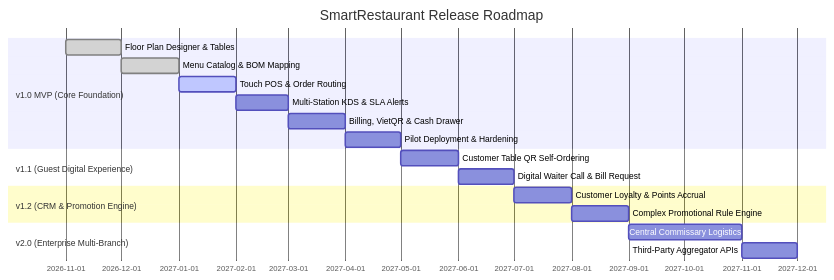
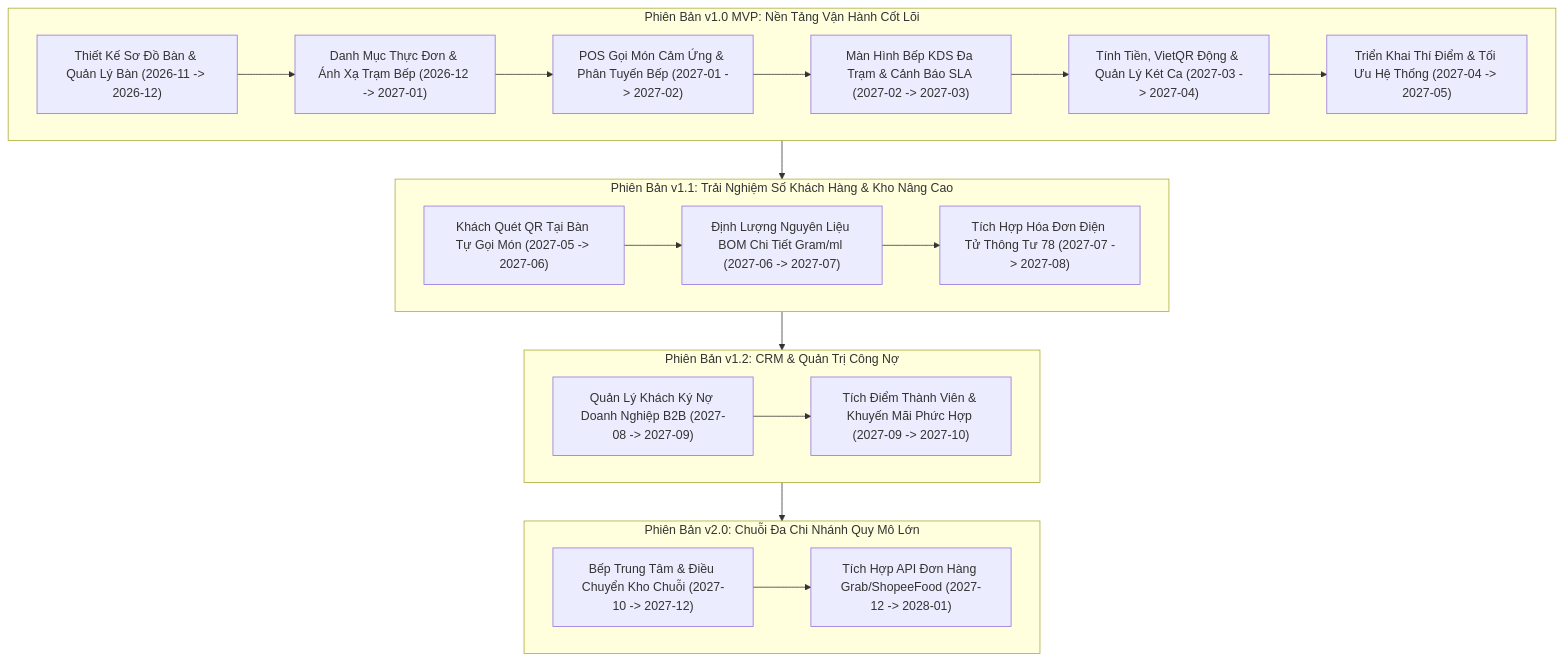
Before and after one commit to dieudoanhut2002/SmartRestaurant: the first of 2 diagrams in docs/product/MVP-SCOPE.md, drawn with Mermaid. The commit also changed other lines of this file and 40 other files, not shown here.

Commit message:
Điều chỉnh thống nhất nghiệp vụ, Việt hoá các file MD

````diff
--- a/docs/product/MVP-SCOPE.md
+++ b/docs/product/MVP-SCOPE.md
@@ -68,24 +69,33 @@
 ```mermaid
-gantt
-    title SmartRestaurant Release Roadmap
-    dateFormat  YYYY-MM
-    section v1.0 MVP (Core Foundation)
-    Floor Plan Designer & Tables       :done, 2026-11, 2026-12
-    Menu Catalog & BOM Mapping         :done, 2026-12, 2027-01
-    Touch POS & Order Routing          :active, 2027-01, 2027-02
-    Multi-Station KDS & SLA Alerts     :2027-02, 2027-03
-    Billing, VietQR & Cash Drawer      :2027-03, 2027-04
-    Pilot Deployment & Hardening       :2027-04, 2027-05
+flowchart TD
+    subgraph V10["Phiên Bản v1.0 MVP: Nền Tảng Vận Hành Cốt Lõi"]
+        M1["Thiết Kế Sơ Đồ Bàn & Quản Lý Bàn (2026-11 -> 2026-12)"]
+        M2["Danh Mục Thực Đơn & Ánh Xạ Trạm Bếp (2026-12 -> 2027-01)"]
+        M3["POS Gọi Món Cảm Ứng & Phân Tuyến Bếp (2027-01 -> 2027-02)"]
+        M4["Màn Hình Bếp KDS Đa Trạm & Cảnh Báo SLA (2027-02 -> 2027-03)"]
+        M5["Tính Tiền, VietQR Động & Quản Lý Két Ca (2027-03 -> 2027-04)"]
+        M6["Triển Khai Thí Điểm & Tối Ưu Hệ Thống (2027-04 -> 2027-05)"]
+        M1 --> M2 --> M3 --> M4 --> M5 --> M6
+    end
 
-    section v1.1 (Guest Digital Experience)
-    Customer Table QR Self-Ordering    :2027-05, 2027-06
-    Digital Waiter Call & Bill Request :2027-06, 2027-07
+    subgraph V11["Phiên Bản v1.1: Trải Nghiệm Số Khách Hàng & Kho Nâng Cao"]
+        M7["Khách Quét QR Tại Bàn Tự Gọi Món (2027-05 -> 2027-06)"]
+        M8["Định Lượng Nguyên Liệu BOM Chi Tiết Gram/ml (2027-06 -> 2027-07)"]
+        M9["Tích Hợp Hóa Đơn Điện Tử Thông Tư 78 (2027-07 -> 2027-08)"]
+        M7 --> M8 --> M9
+    end
 
-    section v1.2 (CRM & Promotion Engine)
-    Customer Loyalty & Points Accrual  :2027-07, 2027-08
-    Complex Promotional Rule Engine    :2027-08, 2027-09
+    subgraph V12["Phiên Bản v1.2: CRM & Quản Trị Công Nợ"]
+        M10["Quản Lý Khách Ký Nợ Doanh Nghiệp B2B (2027-08 -> 2027-09)"]
+        M11["Tích Điểm Thành Viên & Khuyến Mãi Phức Hợp (2027-09 -> 2027-10)"]
+        M10 --> M11
+    end
 
-    section v2.0 (Enterprise Multi-Branch)
-    Central Commissary Logistics       :2027-09, 2027-11
-    Third-Party Aggregator APIs        :2027-11, 2027-12
+    subgraph V20["Phiên Bản v2.0: Chuỗi Đa Chi Nhánh Quy Mô Lớn"]
+        M12["Bếp Trung Tâm & Điều Chuyển Kho Chuỗi (2027-10 -> 2027-12)"]
+        M13["Tích Hợp API Đơn Hàng Grab/ShopeeFood (2027-12 -> 2028-01)"]
+        M12 --> M13
+    end
+
+    V10 --> V11 --> V12 --> V20
 ```
````
